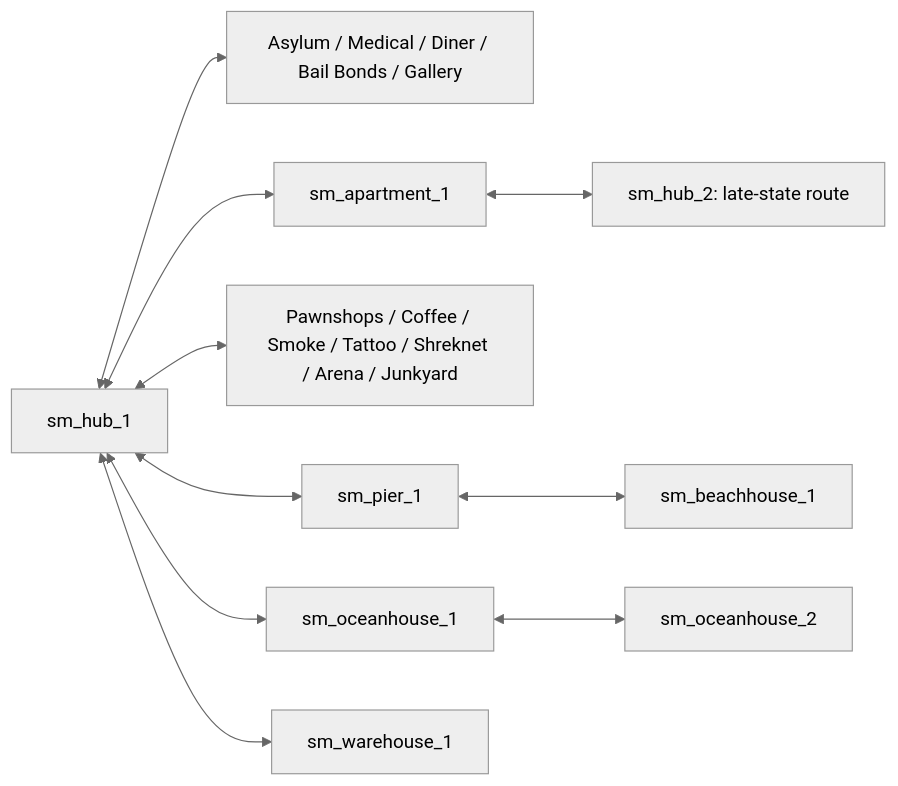
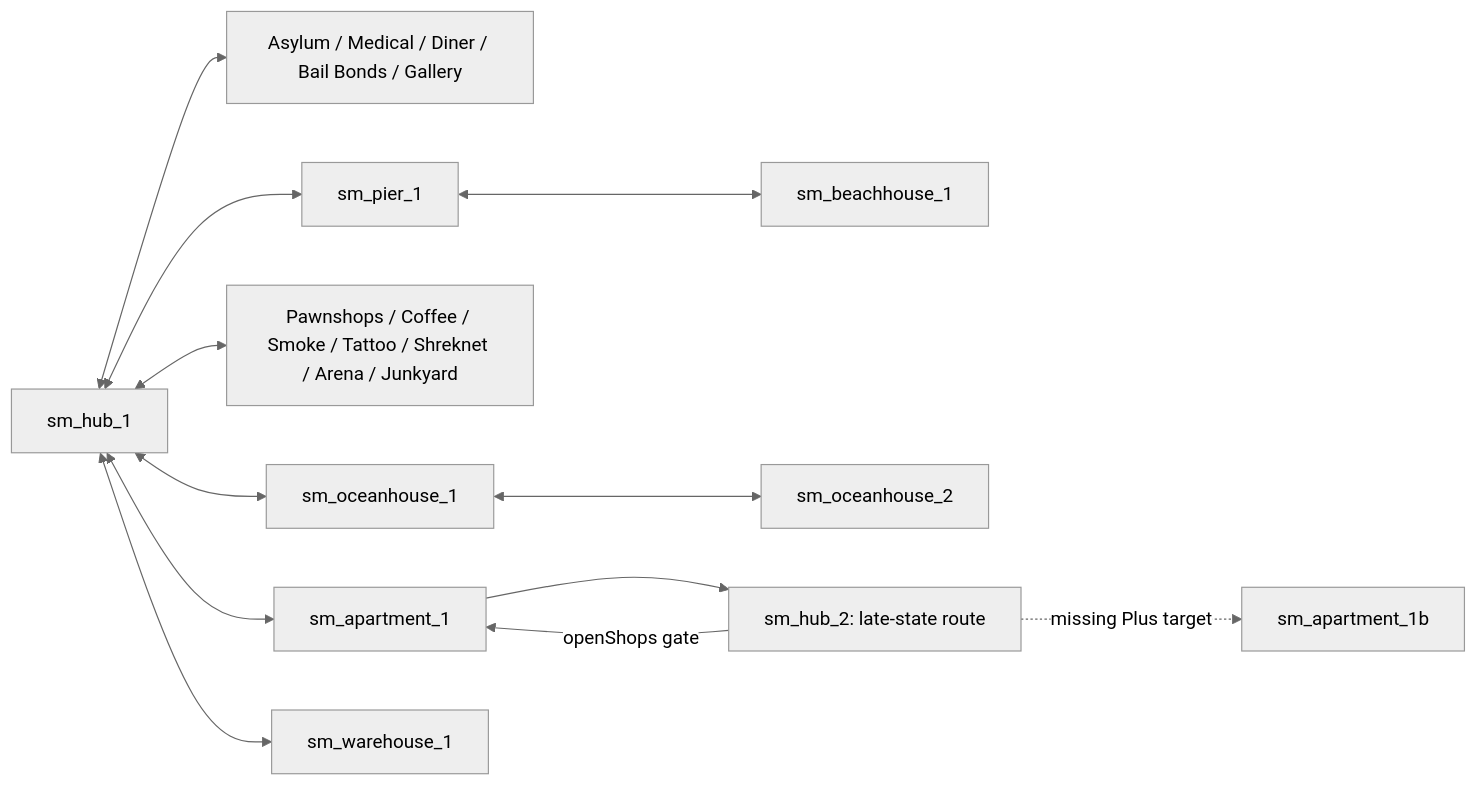
Before and after one commit to 97pkgkmn4y-code/VampireRemake-KB: the diagram in 01_Original/Santa_Monica/Space/Transitions.md, drawn with Mermaid (neutral theme). The commit also changed other lines of this file and 31 other files, not shown here.

````diff
--- a/01_Original/Santa_Monica/Space/Transitions.md
+++ b/01_Original/Santa_Monica/Space/Transitions.md
@@ -11,12 +13,14 @@
 ```mermaid
 flowchart LR
   H[sm_hub_1] <--> A[Asylum / Medical / Diner / Bail Bonds / Gallery]
   H <--> AP[sm_apartment_1]
   H <--> B[Pawnshops / Coffee / Smoke / Tattoo / Shreknet / Arena / Junkyard]
   H <--> P[sm_pier_1]
   P <--> BH[sm_beachhouse_1]
   H <--> O1[sm_oceanhouse_1]
   O1 <--> O2[sm_oceanhouse_2]
   H <--> W[sm_warehouse_1]
-  AP <--> H2[sm_hub_2: late-state route]
+  AP --> H2[sm_hub_2: late-state route]
+  H2 -->|openShops gate| AP
+  H2 -.->|missing Plus target| APB[sm_apartment_1b]
 ```
````
